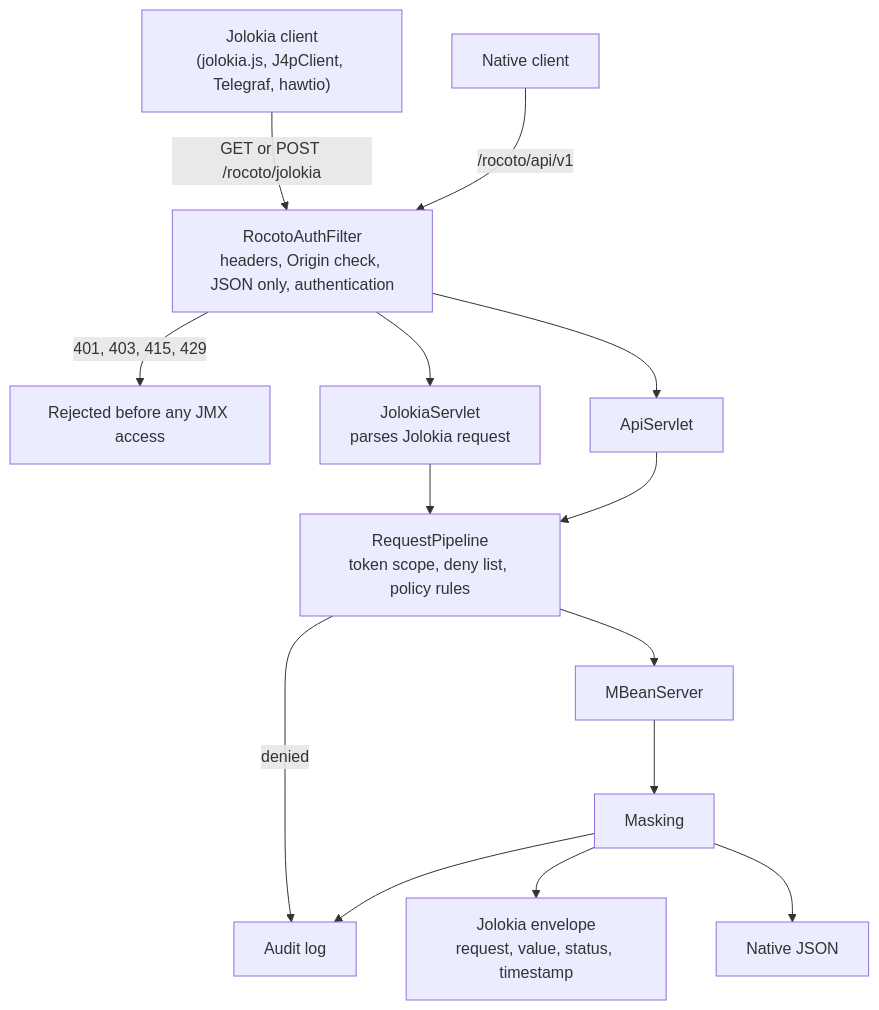
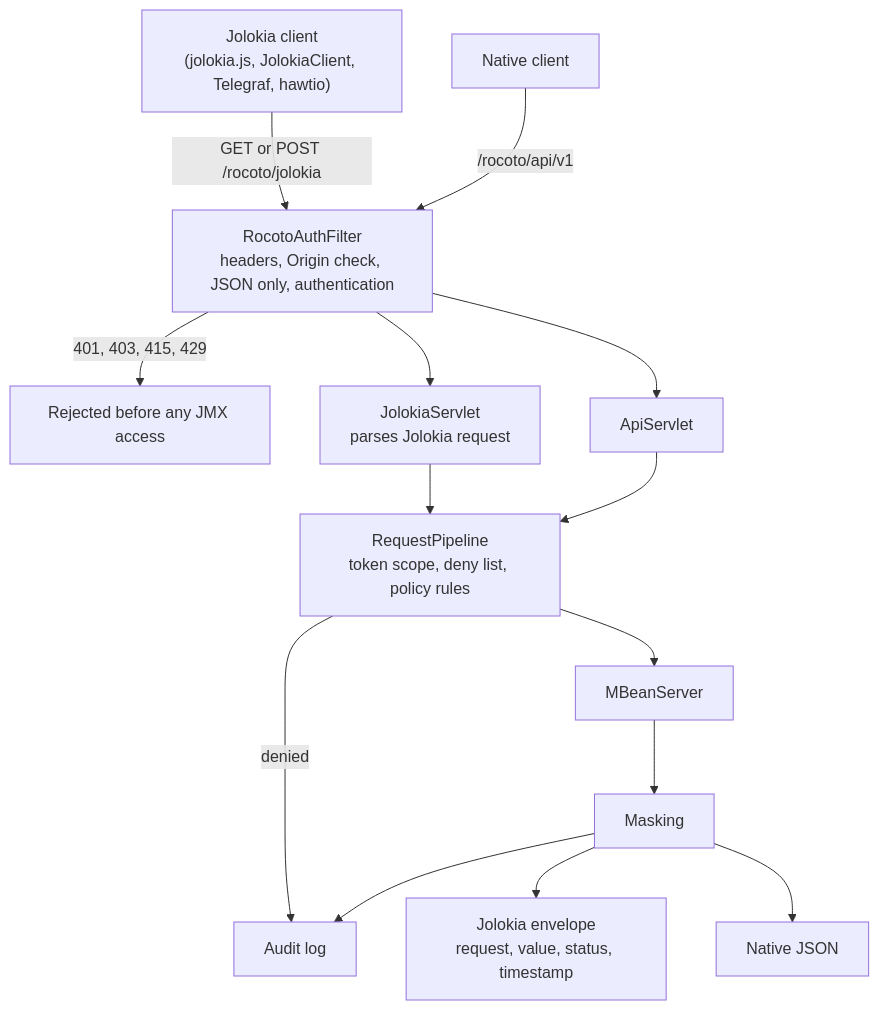
One commit to chardonnay/rocoto changed the diagram in docs/guide/09-jolokia-compat-and-migration.md. Above: the diagram before and after it, drawn with Mermaid. The commit also changed other lines of this file and 3 other files, not shown here.

First line of the commit message:
Bump org.jolokia:jolokia-client-java from 2.1.1 to 2.6.3 (#25)

````diff
--- a/docs/guide/09-jolokia-compat-and-migration.md
+++ b/docs/guide/09-jolokia-compat-and-migration.md
@@ -32,18 +32,18 @@
 ```mermaid
 flowchart TD
-    JC["Jolokia client<br/>(jolokia.js, J4pClient, Telegraf, hawtio)"] -->|"GET or POST /rocoto/jolokia"| F
+    JC["Jolokia client<br/>(jolokia.js, JolokiaClient, Telegraf, hawtio)"] -->|"GET or POST /rocoto/jolokia"| F
     NC["Native client"] -->|"/rocoto/api/v1"| F
     F["RocotoAuthFilter<br/>headers, Origin check, JSON only, authentication"]
     F -->|"401, 403, 415, 429"| REJ["Rejected before any JMX access"]
     F --> JS["JolokiaServlet<br/>parses Jolokia request"]
     F --> AS["ApiServlet"]
     JS --> P
     AS --> P
     P["RequestPipeline<br/>token scope, deny list, policy rules"]
     P -->|"denied"| AUD["Audit log"]
     P --> M["MBeanServer"]
     M --> MASK["Masking"]
     MASK --> AUD
     MASK --> JR["Jolokia envelope<br/>request, value, status, timestamp"]
     MASK --> NR["Native JSON"]
 ```
````
